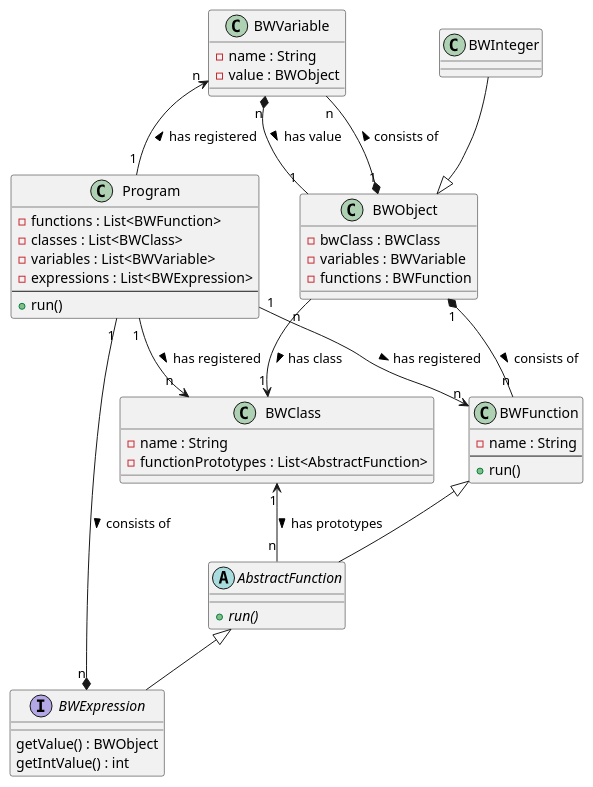
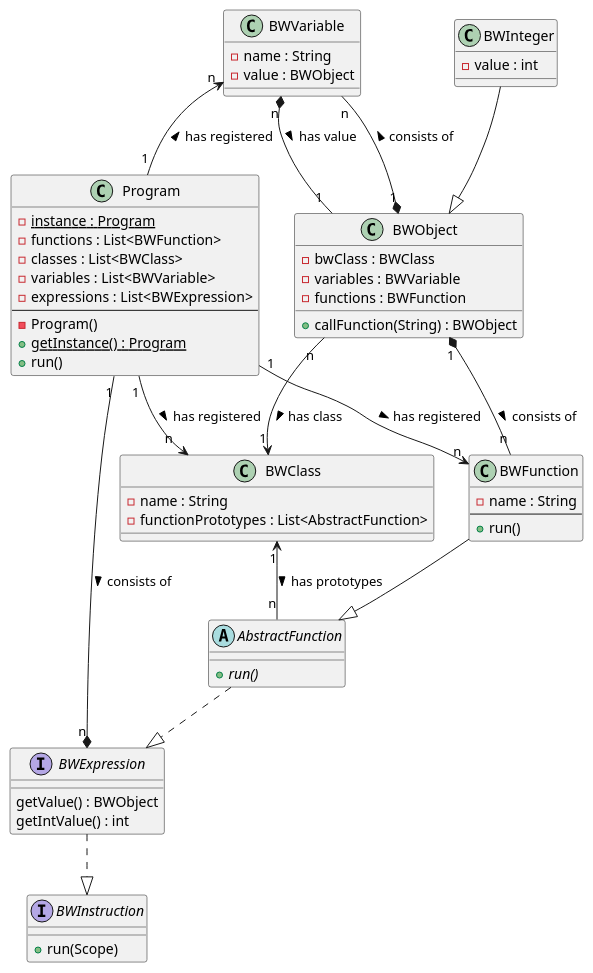
One commit to Dedda/bratwurst changed the diagram in doc/uml/program-structure.puml. Above: the diagram before and after it, drawn with PlantUML. The commit also changed 14 other files, not shown here.

```diff
--- a/doc/uml/program-structure.puml
+++ b/doc/uml/program-structure.puml
@@ -1,61 +1,71 @@
 @startuml
+
+interface BWInstruction {
+    + run(Scope)
+}
 
 interface BWExpression {
     getValue() : BWObject
     getIntValue() : int
 }
 
 class BWVariable {
     - name : String
     - value : BWObject
 }
 
 class BWObject {
     - bwClass : BWClass
     - variables : BWVariable
     - functions : BWFunction
+    + callFunction(String) : BWObject
 }
 
-class BWInteger
+class BWInteger {
+    - value : int
+}
 
 class BWClass {
     - name : String
     - functionPrototypes : List<AbstractFunction>
 }
 
 abstract class AbstractFunction {
     + {abstract} run()
 }
 
 class BWFunction {
     - name : String
     --
     + run()
 }
 
 class Program {
+    - {static} instance : Program
     - functions : List<BWFunction>
     - classes : List<BWClass>
     - variables : List<BWVariable>
     - expressions : List<BWExpression>
     --
+    - Program()
+    + {static} getInstance() : Program
     + run()
 }
 
 
 BWObject "n" --> "1" BWClass : has class >
 BWObject "1" *-- "n" BWVariable : > consists of
 BWObject "1" *-- "n" BWFunction : > consists of
 BWVariable "n" *-- "1" BWObject : > has value
 BWClass "1" <-- "n" AbstractFunction : > has prototypes
 Program "1" --> "n" BWClass : > has registered
 Program "1" --> "n" BWFunction : > has registered
 Program "1" -left-> "n" BWVariable : > has registered
 BWInteger --|> BWObject
 
-
-AbstractFunction <|-- BWExpression
-BWFunction <|-- AbstractFunction
+BWExpression ..|> BWInstruction
+AbstractFunction ..|> BWExpression
+BWFunction --|> AbstractFunction
 Program "1" --* "n" BWExpression : > consists of
 
 @enduml
```
